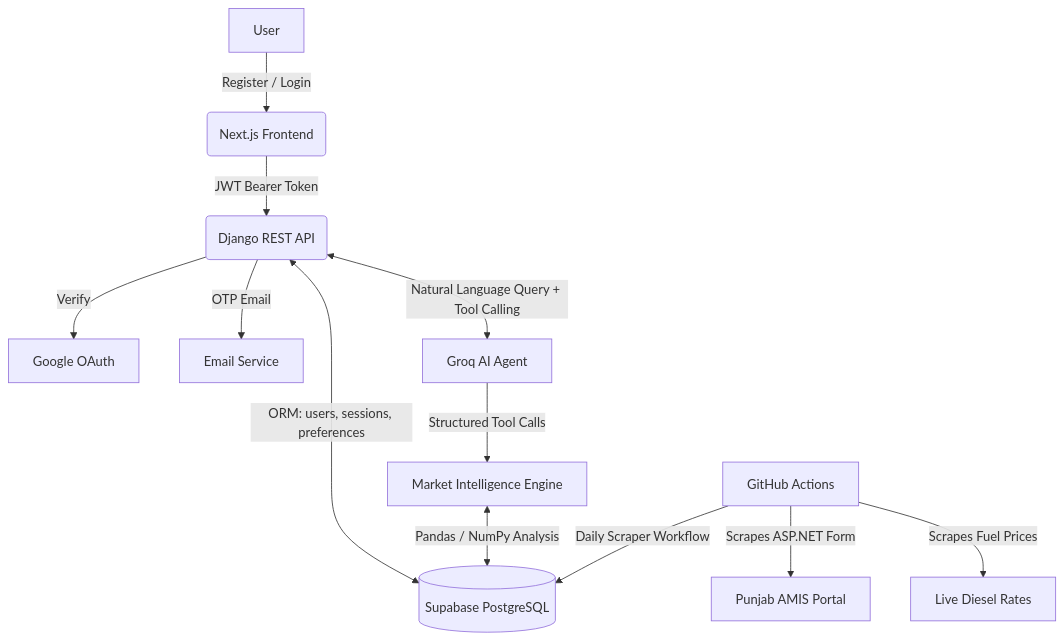
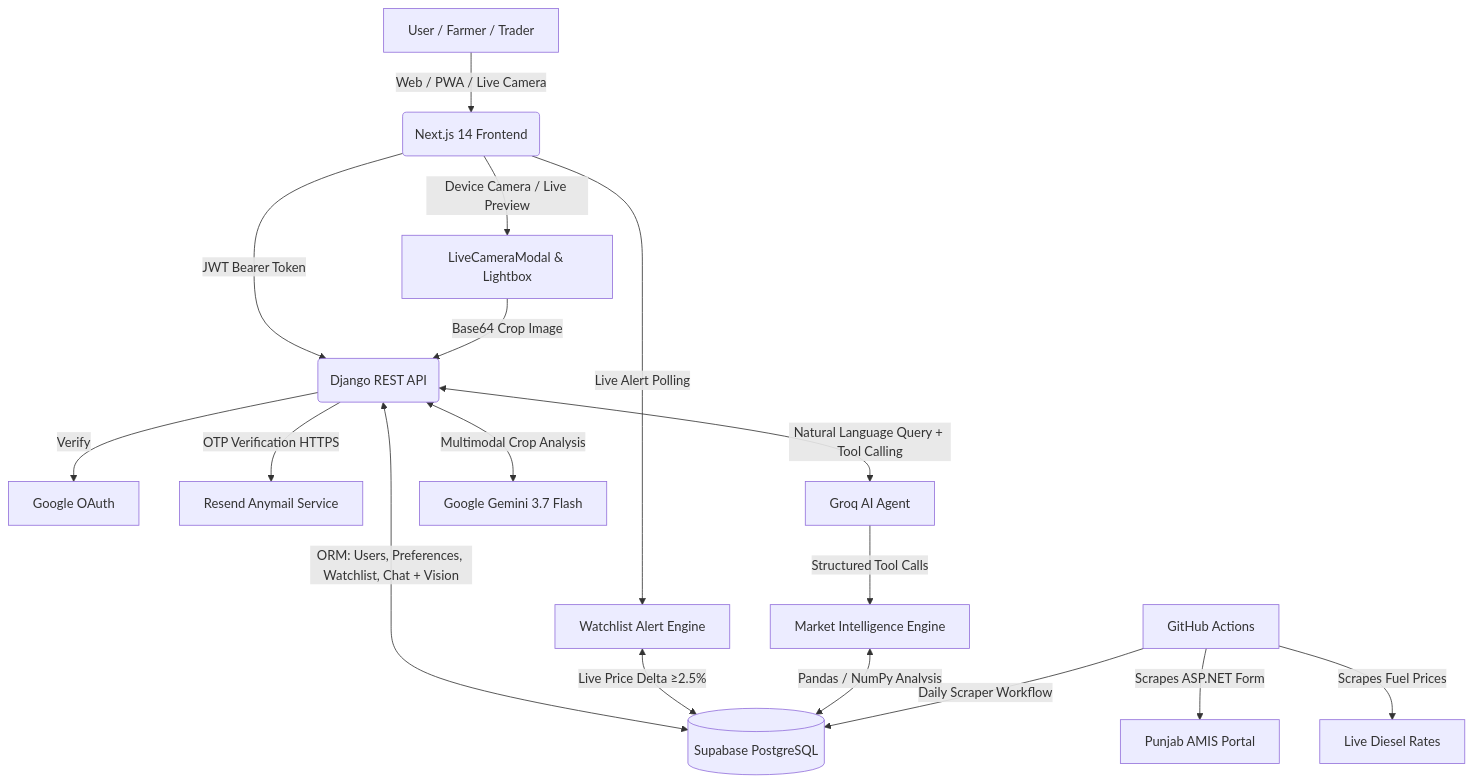
The diagram in README.md (Arslan-Codes097/aims-mandi-market-intelligence), drawn with Mermaid before and after one commit. The commit also changed other lines of this file and 1 other file, not shown here.

Commit message:
docs: update README with Gemini multimodal vision, watchlist alerts engine, and API reference

````diff
--- a/README.md
+++ b/README.md
@@ -128,14 +136,19 @@
 ```mermaid
 graph TD
-    A[User] -->|Register / Login| B(Next.js Frontend)
+    A[User / Farmer / Trader] -->|Web / PWA / Live Camera| B(Next.js 14 Frontend)
     B -->|JWT Bearer Token| C(Django REST API)
+    B -->|Device Camera / Live Preview| B1[LiveCameraModal & Lightbox]
+    B1 -->|Base64 Crop Image| C
+    B -->|Live Alert Polling| C1[Watchlist Alert Engine]
     C -->|Verify| D[Google OAuth]
-    C -->|OTP Email| E[Email Service]
+    C -->|OTP Verification HTTPS| E[Resend Anymail Service]
     C <-->|Natural Language Query + Tool Calling| F[Groq AI Agent]
-    C <-->|ORM: users, sessions, preferences| G[(Supabase PostgreSQL)]
-    F -->|Structured Tool Calls| H[Market Intelligence Engine]
-    H <-->|Pandas / NumPy Analysis| G
-    I[GitHub Actions] -->|Daily Scraper Workflow| G
-    I -->|Scrapes ASP.NET Form| J[Punjab AMIS Portal]
-    I -->|Scrapes Fuel Prices| K[Live Diesel Rates]
+    C <-->|Multimodal Crop Analysis| G[Google Gemini 3.7 Flash]
+    C <-->|ORM: Users, Preferences, Watchlist, Chat + Vision| H[(Supabase PostgreSQL)]
+    C1 <-->|Live Price Delta ≥2.5%| H
+    F -->|Structured Tool Calls| I[Market Intelligence Engine]
+    I <-->|Pandas / NumPy Analysis| H
+    J[GitHub Actions] -->|Daily Scraper Workflow| H
+    J -->|Scrapes ASP.NET Form| K[Punjab AMIS Portal]
+    J -->|Scrapes Fuel Prices| L[Live Diesel Rates]
 ```
````
